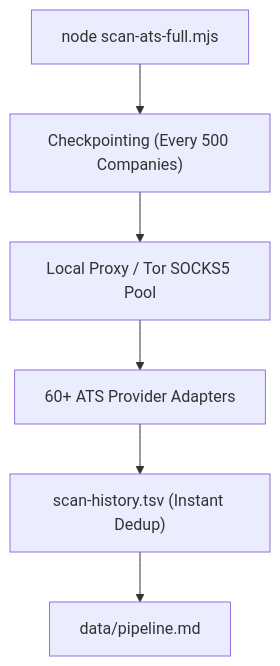
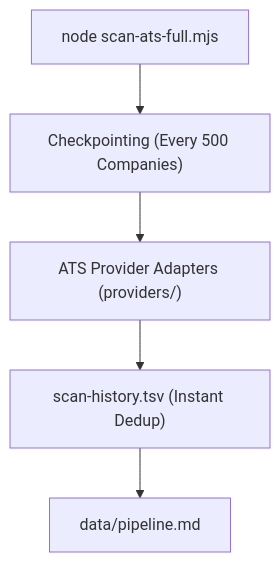
The diagram in docs/deployment/Scaling.md (CJCreator/Jobs_Automated), drawn with Mermaid before and after one commit. The commit also changed other lines of this file and 8 other files, not shown here.

````diff
--- a/docs/deployment/Scaling.md
+++ b/docs/deployment/Scaling.md
@@ -14,8 +14,7 @@
 ```mermaid
 flowchart TD
     FullScan["node scan-ats-full.mjs"] --> Checkpoint["Checkpointing (Every 500 Companies)"]
-    Checkpoint --> ProxyPool["Local Proxy / Tor SOCKS5 Pool"]
-    ProxyPool --> Scrapers["60+ ATS Provider Adapters"]
+    Checkpoint --> Scrapers["ATS Provider Adapters (providers/)"]
     Scrapers --> Dedup["scan-history.tsv (Instant Dedup)"]
     Dedup --> Inbox["data/pipeline.md"]
 ```
````
